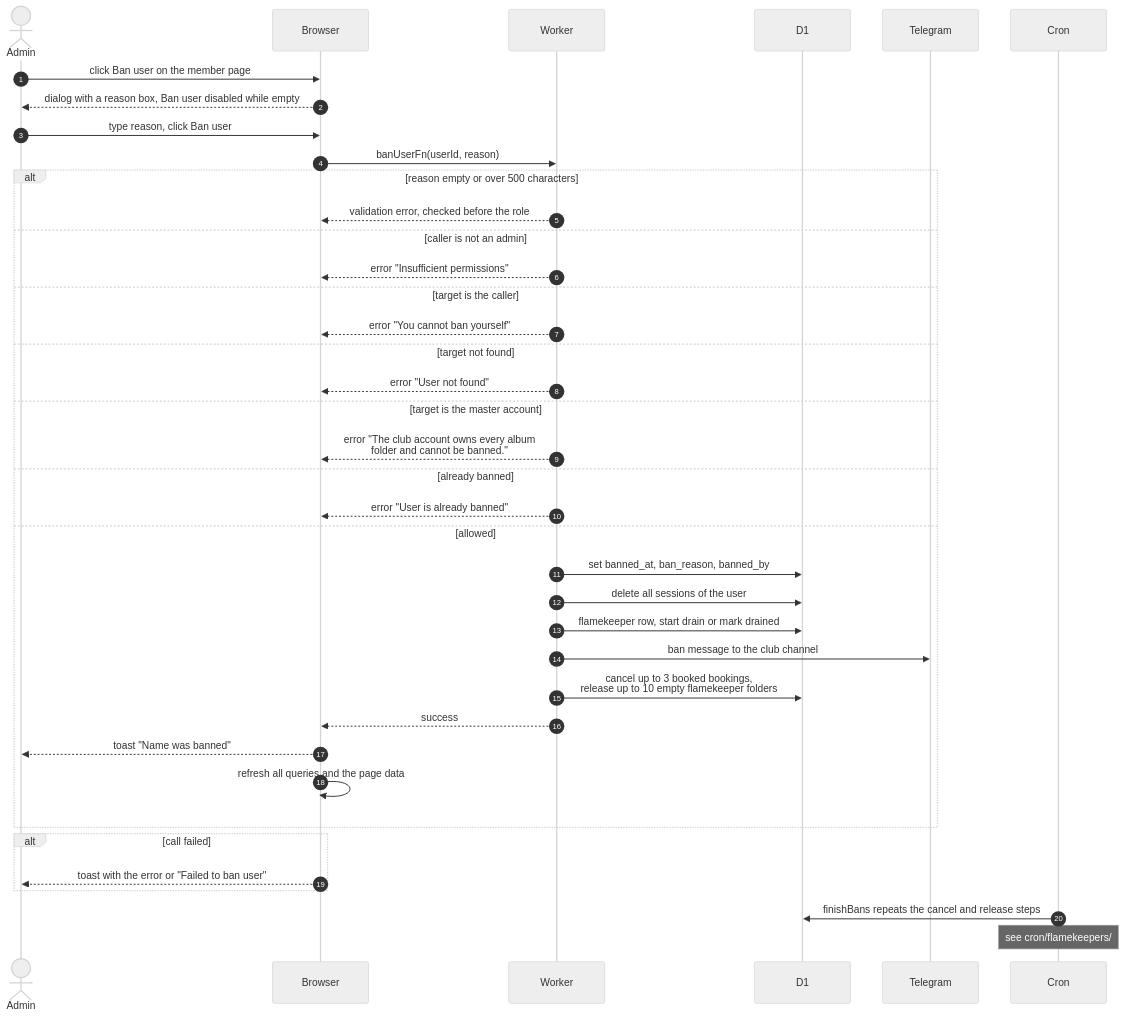
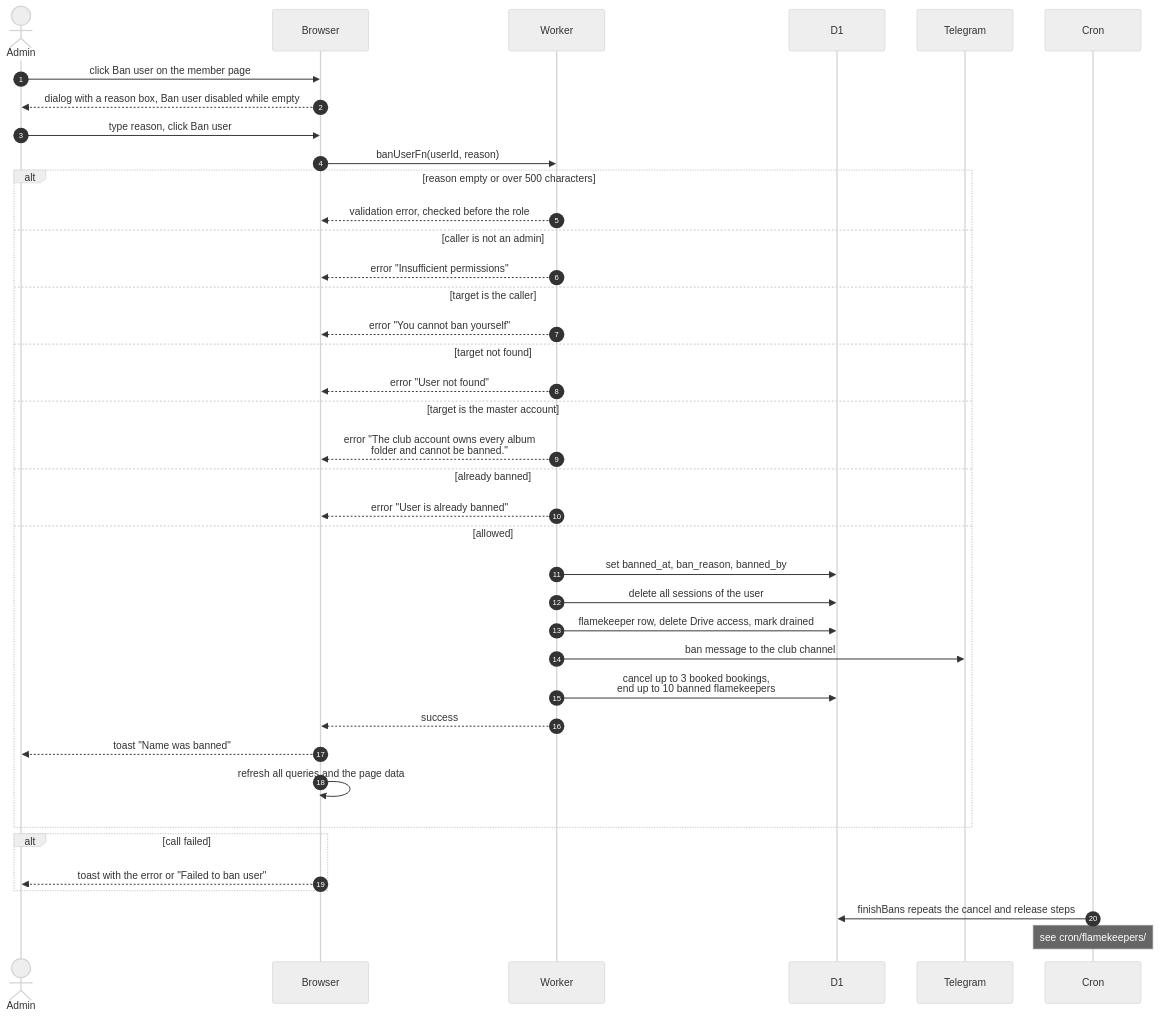
Before and after one commit to sagyzdop/meriksirat: the diagram in docs/scenarios/admin/ban-member.md, drawn with Mermaid (neutral theme). The commit also changed other lines of this file and 74 other files, not shown here.

First line of the commit message:
feat(flamekeepers): retire placement, drain and relay code

````diff
--- a/docs/scenarios/admin/ban-member.md
+++ b/docs/scenarios/admin/ban-member.md
@@ -18,42 +17,42 @@
 ```mermaid
 sequenceDiagram
     autonumber
     actor Person as Admin
     participant Browser
     participant Worker
     participant D1
     participant Telegram
     participant Cron
 
     Person->>Browser: click Ban user on the member page
     Browser-->>Person: dialog with a reason box, Ban user disabled while empty
     Person->>Browser: type reason, click Ban user
     Browser->>Worker: banUserFn(userId, reason)
     alt reason empty or over 500 characters
         Worker-->>Browser: validation error, checked before the role
     else caller is not an admin
         Worker-->>Browser: error "Insufficient permissions"
     else target is the caller
         Worker-->>Browser: error "You cannot ban yourself"
     else target not found
         Worker-->>Browser: error "User not found"
     else target is the master account
         Worker-->>Browser: error "The club account owns every album<br/>folder and cannot be banned."
     else already banned
         Worker-->>Browser: error "User is already banned"
     else allowed
         Worker->>D1: set banned_at, ban_reason, banned_by
         Worker->>D1: delete all sessions of the user
-        Worker->>D1: flamekeeper row, start drain or mark drained
+        Worker->>D1: flamekeeper row, delete Drive access, mark drained
         Worker->>Telegram: ban message to the club channel
-        Worker->>D1: cancel up to 3 booked bookings,<br/>release up to 10 empty flamekeeper folders
+        Worker->>D1: cancel up to 3 booked bookings,<br/>end up to 10 banned flamekeepers
         Worker-->>Browser: success
         Browser-->>Person: toast "Name was banned"
         Browser->>Browser: refresh all queries and the page data
     end
     alt call failed
         Browser-->>Person: toast with the error or "Failed to ban user"
     end
     Cron->>D1: finishBans repeats the cancel and release steps
     Note over Cron: see cron/flamekeepers/
 ```
````
